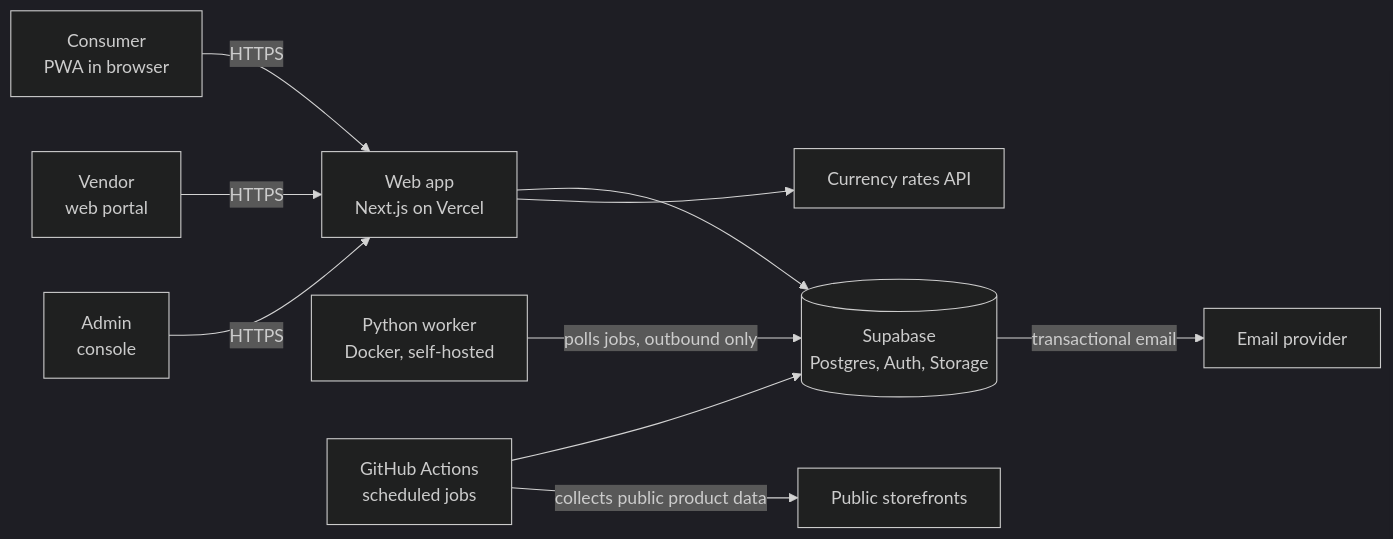
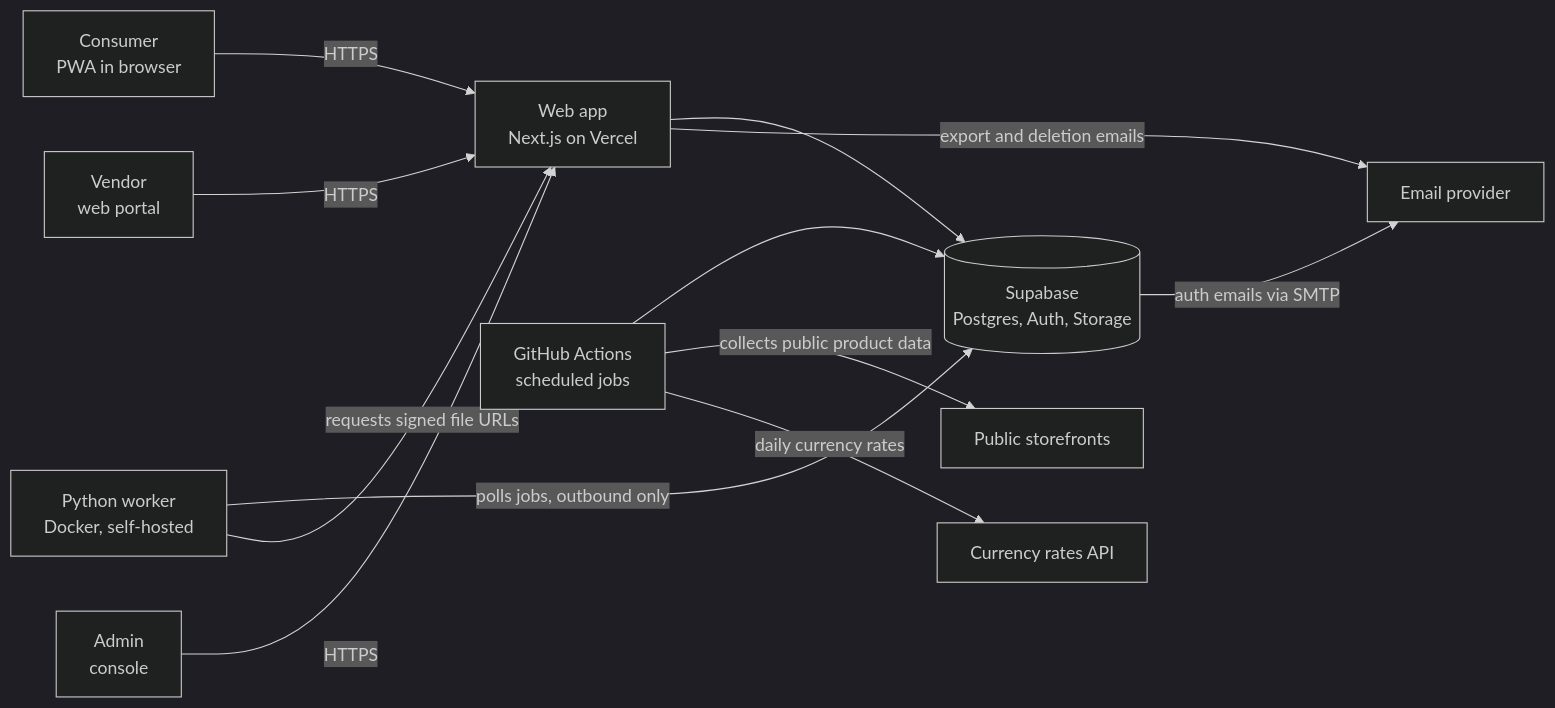
One commit to ambarishsengupta/sparta changed the first of 4 diagrams in docs/HLD.md. Above: the diagram before and after it, drawn with Mermaid (dark theme). The commit also changed other lines of this file and 12 other files, not shown here.

````diff
--- a/docs/HLD.md
+++ b/docs/HLD.md
@@ -41,12 +41,14 @@
 ```mermaid
 flowchart LR
   C[Consumer<br/>PWA in browser] -->|HTTPS| W[Web app<br/>Next.js on Vercel]
   V[Vendor<br/>web portal] -->|HTTPS| W
   A[Admin<br/>console] -->|HTTPS| W
   W --> S[(Supabase<br/>Postgres, Auth, Storage)]
   P[Python worker<br/>Docker, self-hosted] -->|polls jobs, outbound only| S
+  P -->|requests signed file URLs| W
   G[GitHub Actions<br/>scheduled jobs] --> S
   G -->|collects public product data| X[Public storefronts]
-  W --> R[Currency rates API]
-  S -->|transactional email| M[Email provider]
+  G -->|daily currency rates| R[Currency rates API]
+  S -->|auth emails via SMTP| M[Email provider]
+  W -->|export and deletion emails| M
 ```
````
